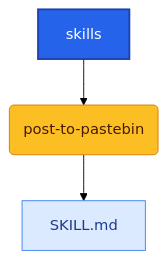
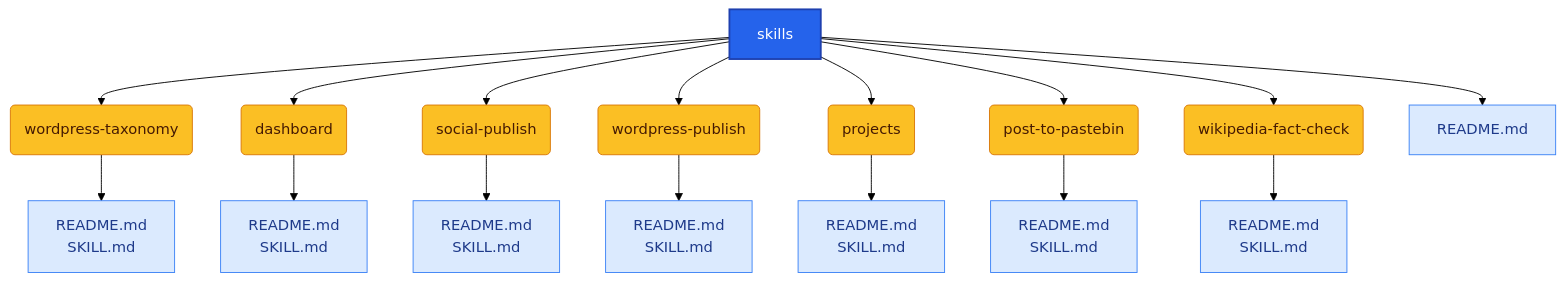
Before and after one commit to Richie086/scripts-public: the diagram in .agents/skills/README.md, drawn with Mermaid (forest theme). The commit also changed 81 other files, not shown here.

Commit message:
feat: implement Wedge 400 API, BMC Crawler, dashboard TUI skills, and config exporter web app

````diff
--- a/.agents/skills/README.md
+++ b/.agents/skills/README.md
@@ -11,8 +11,21 @@
 ```mermaid
 graph TD
-	root["skills"]:::root --> n1("post-to-pastebin"):::folder
-	n1 --> n1_1["SKILL.md"]:::file-md
+	root["skills"]:::root --> n1("wordpress-taxonomy"):::folder
+	root["skills"]:::root --> n2("dashboard"):::folder
+	root["skills"]:::root --> n3("social-publish"):::folder
+	root["skills"]:::root --> n4("wordpress-publish"):::folder
+	root["skills"]:::root --> n5("projects"):::folder
+	root["skills"]:::root --> n6("post-to-pastebin"):::folder
+	root["skills"]:::root --> n7("wikipedia-fact-check"):::folder
+	root["skills"]:::root --> n8["README.md"]:::file-md
+	n1 --> n1_2["README.md<br>SKILL.md"]:::file-md
+	n2 --> n2_2["README.md<br>SKILL.md"]:::file-md
+	n3 --> n3_2["README.md<br>SKILL.md"]:::file-md
+	n4 --> n4_2["README.md<br>SKILL.md"]:::file-md
+	n5 --> n5_2["README.md<br>SKILL.md"]:::file-md
+	n6 --> n6_2["README.md<br>SKILL.md"]:::file-md
+	n7 --> n7_2["README.md<br>SKILL.md"]:::file-md
 classDef root fill:#2563eb,stroke:#1e40af,stroke-width:2px,color:#ffffff;
 classDef folder fill:#fbbf24,stroke:#d97706,stroke-width:1px,color:#451a03;
 classDef file-md fill:#dbeafe,stroke:#3b82f6,stroke-width:1px,color:#1e3a8a;
 ```
````
